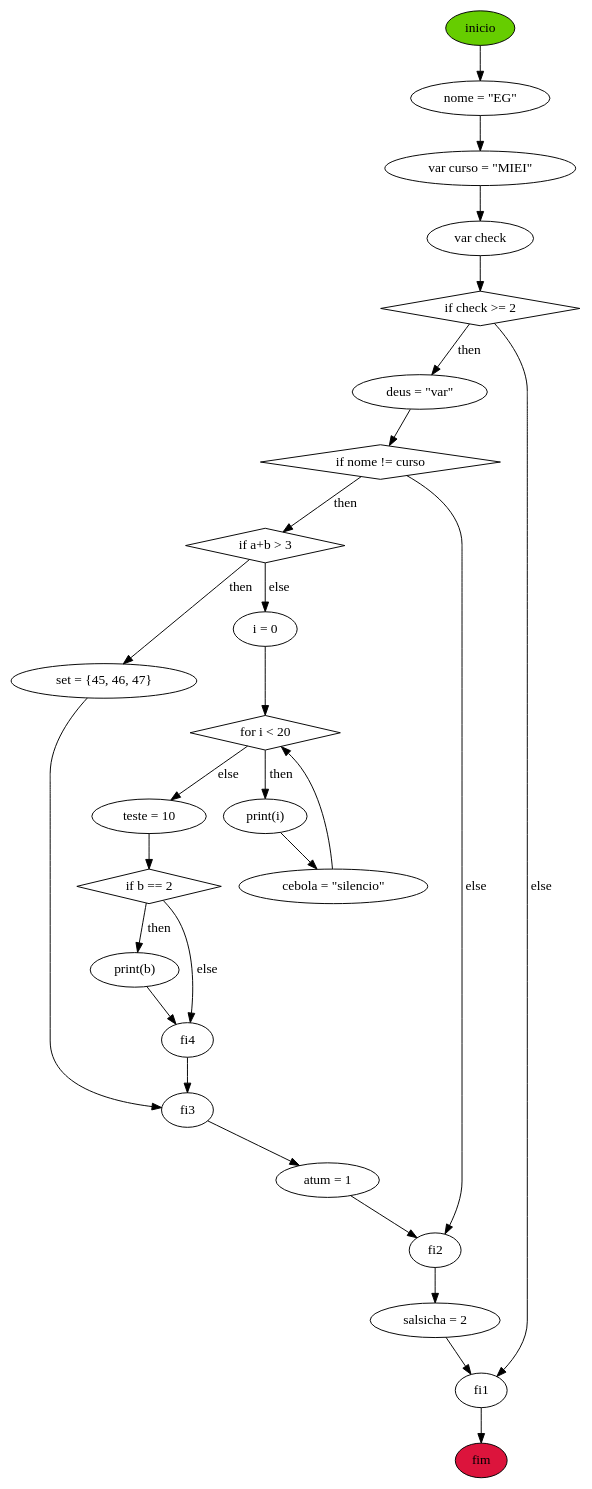
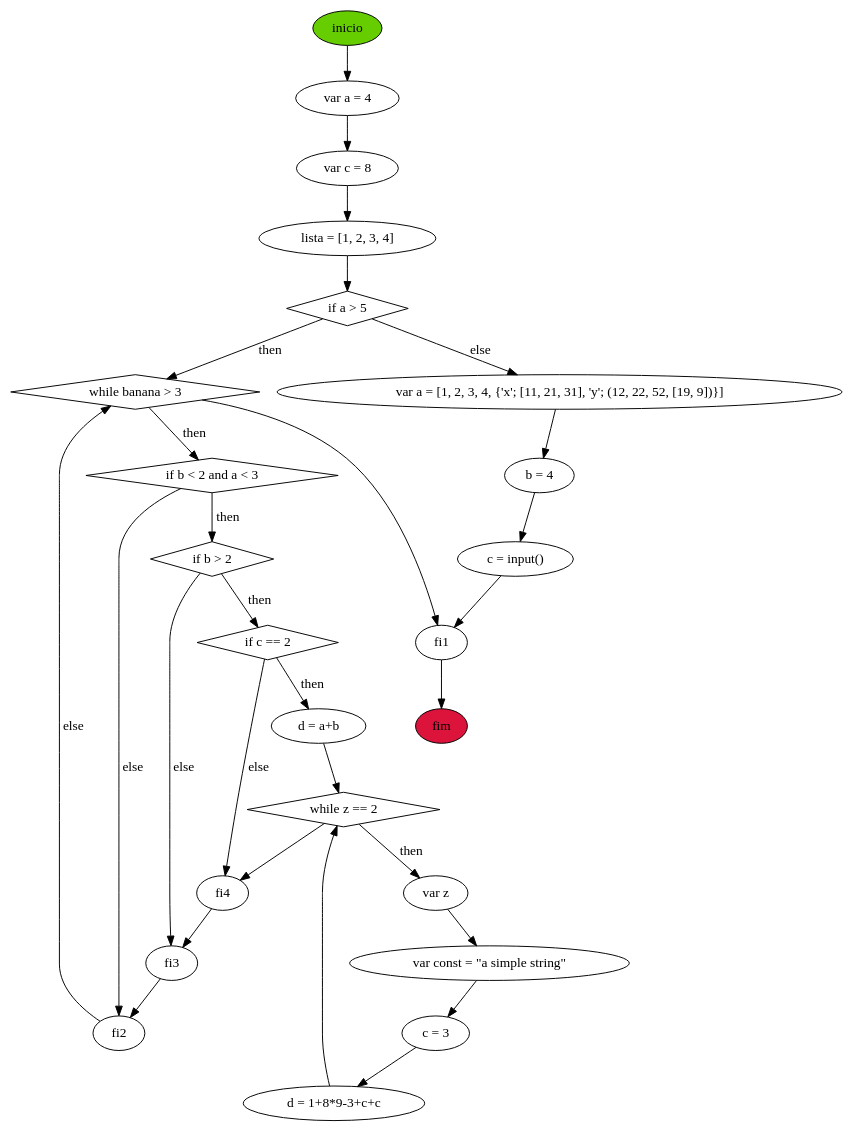
Before and after one commit to mishlawi/MEI-EG-TrabalhosPraticos: the diagram in TP3/graphs/CFG.gv, drawn with Graphviz. The commit also changed 7 other files, not shown here.

```diff
--- a/TP3/graphs/CFG.gv
+++ b/TP3/graphs/CFG.gv
@@ -1,36 +1,38 @@
 digraph CFG {
 	inicio [fillcolor=chartreuse3 style=filled]
-	inicio -> "nome = \"EG\"" [label=""]
-	"nome = \"EG\"" -> "var curso = \"MIEI\"" [label=""]
-	"var curso = \"MIEI\"" -> "var check" [label=""]
-	"if check >= 2" [shape=diamond]
-	"var check" -> "if check >= 2" [label=""]
-	"if check >= 2" -> "deus = \"var\"" [label=then]
-	"if nome != curso" [shape=diamond]
-	"deus = \"var\"" -> "if nome != curso" [label=""]
-	"if a+b > 3" [shape=diamond]
-	"if nome != curso" -> "if a+b > 3" [label=then]
-	"if a+b > 3" -> "set = {45, 46, 47}" [label=then]
-	"set = {45, 46, 47}" -> fi3
-	"if a+b > 3" -> "i = 0" [label=else]
-	"for i < 20" [shape=diamond]
-	"i = 0" -> "for i < 20" [label=""]
-	"for i < 20" -> "print(i)" [label=then]
-	"print(i)" -> "cebola = \"silencio\"" [label=""]
-	"cebola = \"silencio\"" -> "for i < 20" [label=""]
-	"for i < 20" -> "teste = 10" [label=else]
-	"if b == 2" [shape=diamond]
-	"teste = 10" -> "if b == 2" [label=""]
-	"if b == 2" -> "print(b)" [label=then]
-	"print(b)" -> fi4
-	"if b == 2" -> fi4 [label=else]
-	fi4 -> fi3 [label=""]
-	fi3 -> "atum = 1" [label=""]
-	"atum = 1" -> fi2
-	"if nome != curso" -> fi2 [label=else]
-	fi2 -> "salsicha = 2" [label=""]
-	"salsicha = 2" -> fi1
-	"if check >= 2" -> fi1 [label=else]
+	inicio -> "var a = 4" [label=""]
+	"var a = 4" -> "var c = 8" [label=""]
+	"var c = 8" -> "lista = [1, 2, 3, 4]" [label=""]
+	"if a > 5" [shape=diamond]
+	"lista = [1, 2, 3, 4]" -> "if a > 5" [label=""]
+	"while banana > 3" [shape=diamond]
+	"if a > 5" -> "while banana > 3" [label=then]
+	"if b < 2 and a < 3" [shape=diamond]
+	"while banana > 3" -> "if b < 2 and a < 3" [label=then]
+	"if b > 2" [shape=diamond]
+	"if b < 2 and a < 3" -> "if b > 2" [label=then]
+	"if c == 2" [shape=diamond]
+	"if b > 2" -> "if c == 2" [label=then]
+	"if c == 2" -> "d = a+b" [label=then]
+	"while z == 2" [shape=diamond]
+	"d = a+b" -> "while z == 2" [label=""]
+	"while z == 2" -> "var z" [label=then]
+	"var z" -> "var const = \"a simple string\"" [label=""]
+	"var const = \"a simple string\"" -> "c = 3" [label=""]
+	"c = 3" -> "d = 1+8*9-3+c+c" [label=""]
+	"d = 1+8*9-3+c+c" -> "while z == 2" [label=""]
+	"while z == 2" -> fi4
+	"if c == 2" -> fi4 [label=else]
+	fi4 -> fi3
+	"if b > 2" -> fi3 [label=else]
+	fi3 -> fi2
+	"if b < 2 and a < 3" -> fi2 [label=else]
+	fi2 -> "while banana > 3" [label=else]
+	"while banana > 3" -> fi1
+	"if a > 5" -> "var a = [1, 2, 3, 4, {'x'; [11, 21, 31], 'y'; (12, 22, 52, [19, 9])}]" [label=else]
+	"var a = [1, 2, 3, 4, {'x'; [11, 21, 31], 'y'; (12, 22, 52, [19, 9])}]" -> "b = 4" [label=""]
+	"b = 4" -> "c = input()" [label=""]
+	"c = input()" -> fi1 [label=""]
 	fim [fillcolor=crimson style=filled]
 	fi1 -> fim
 }
```
